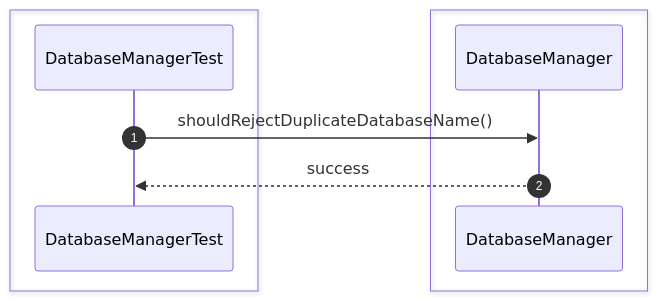
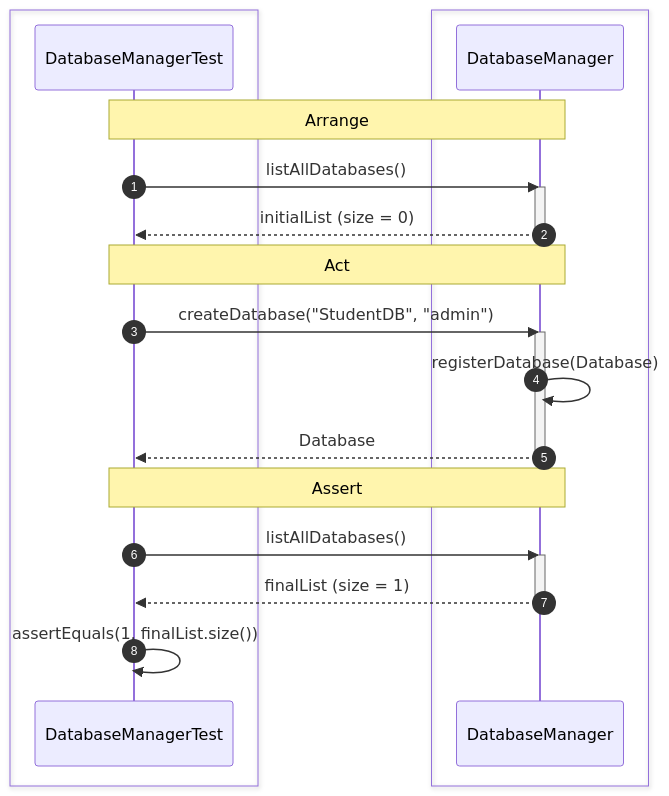
Diagram 16 of 46 in docs/sequence/db-server.md (Huy1801214/dbms-architecture), drawn with Mermaid before and after one commit. The commit also changed other lines of this file and 7 other files, not shown here.

Commit message:
Done Unit test for database manager

````diff
--- a/docs/sequence/db-server.md
+++ b/docs/sequence/db-server.md
@@ -203,13 +389,32 @@
 ```mermaid
 sequenceDiagram
     autonumber
+
     box #e1f5fe Test Suite
     participant Test as DatabaseManagerTest
     end
+
     box #e3f2fd DatabaseManager Component
     participant DM as DatabaseManager
     end
 
-    Test->>DM: shouldRejectDuplicateDatabaseName()
-    DM-->>Test: success
+    Note over Test,DM: Arrange
+    Test->>DM: listAllDatabases()
+    activate DM
+    DM-->>Test: initialList (size = 0)
+    deactivate DM
+
+    Note over Test,DM: Act
+    Test->>DM: createDatabase("StudentDB", "admin")
+    activate DM
+    DM->>DM: registerDatabase(Database)
+    DM-->>Test: Database
+    deactivate DM
+
+    Note over Test,DM: Assert
+    Test->>DM: listAllDatabases()
+    activate DM
+    DM-->>Test: finalList (size = 1)
+    deactivate DM
+    Test->>Test: assertEquals(1, finalList.size())
 ```
````
